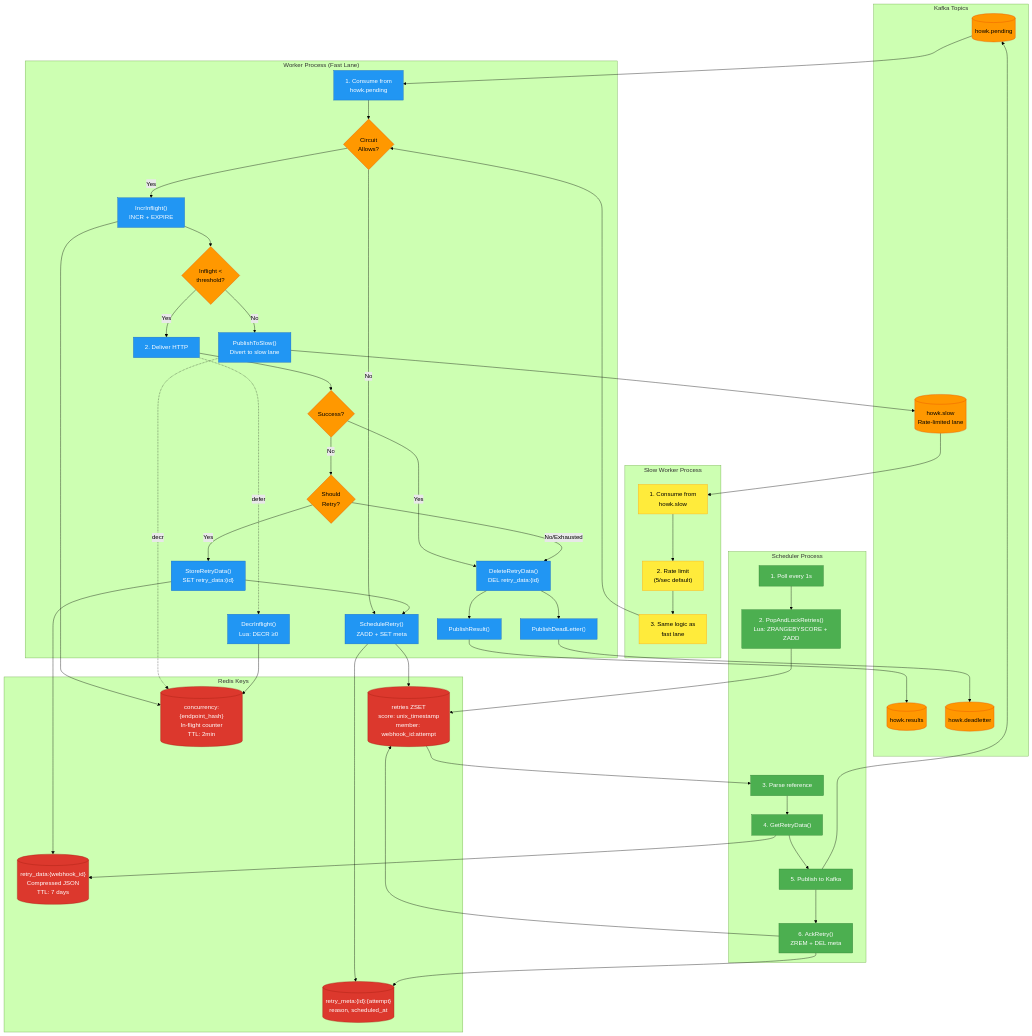
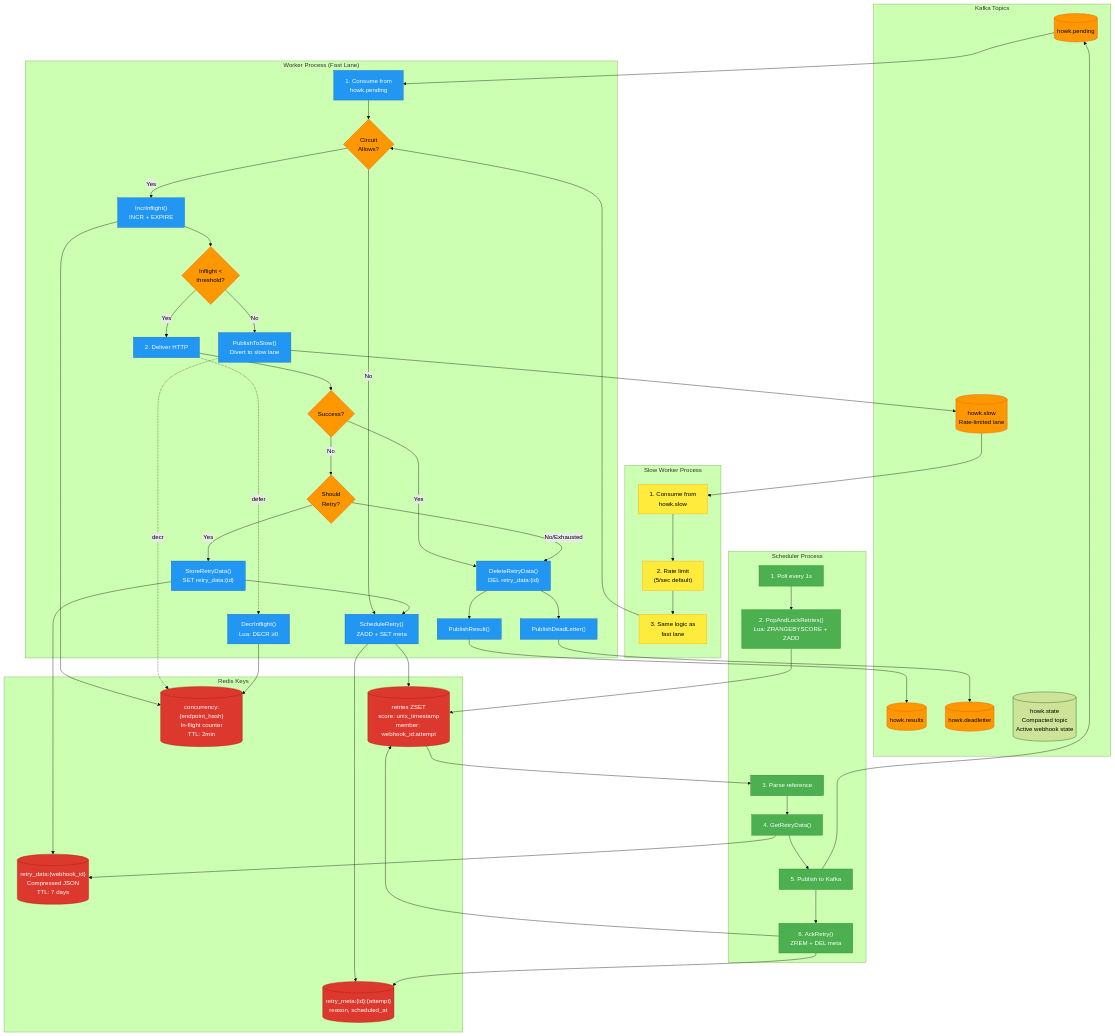
The first of 4 diagrams in README.md (renatocron/howk), drawn with Mermaid (forest theme) before and after one commit. The commit also changed other lines of this file and 15 other files, not shown here.

```diff
--- a/README.md
+++ b/README.md
@@ -88,6 +88,7 @@
         SLOW[("howk.slow<br/>Rate-limited lane")]
         RESULTS[("howk.results")]
         DLQ[("howk.deadletter")]
+        STATE[("howk.state<br/>Compacted topic<br/>Active webhook state")]
     end
 
     subgraph Redis["Redis Keys"]
```
